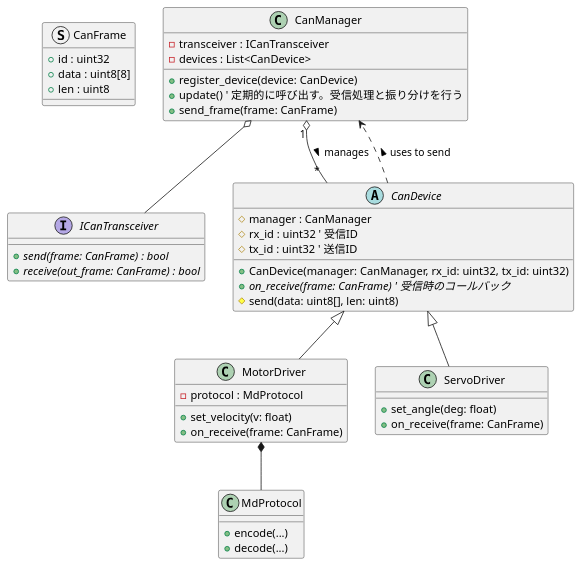
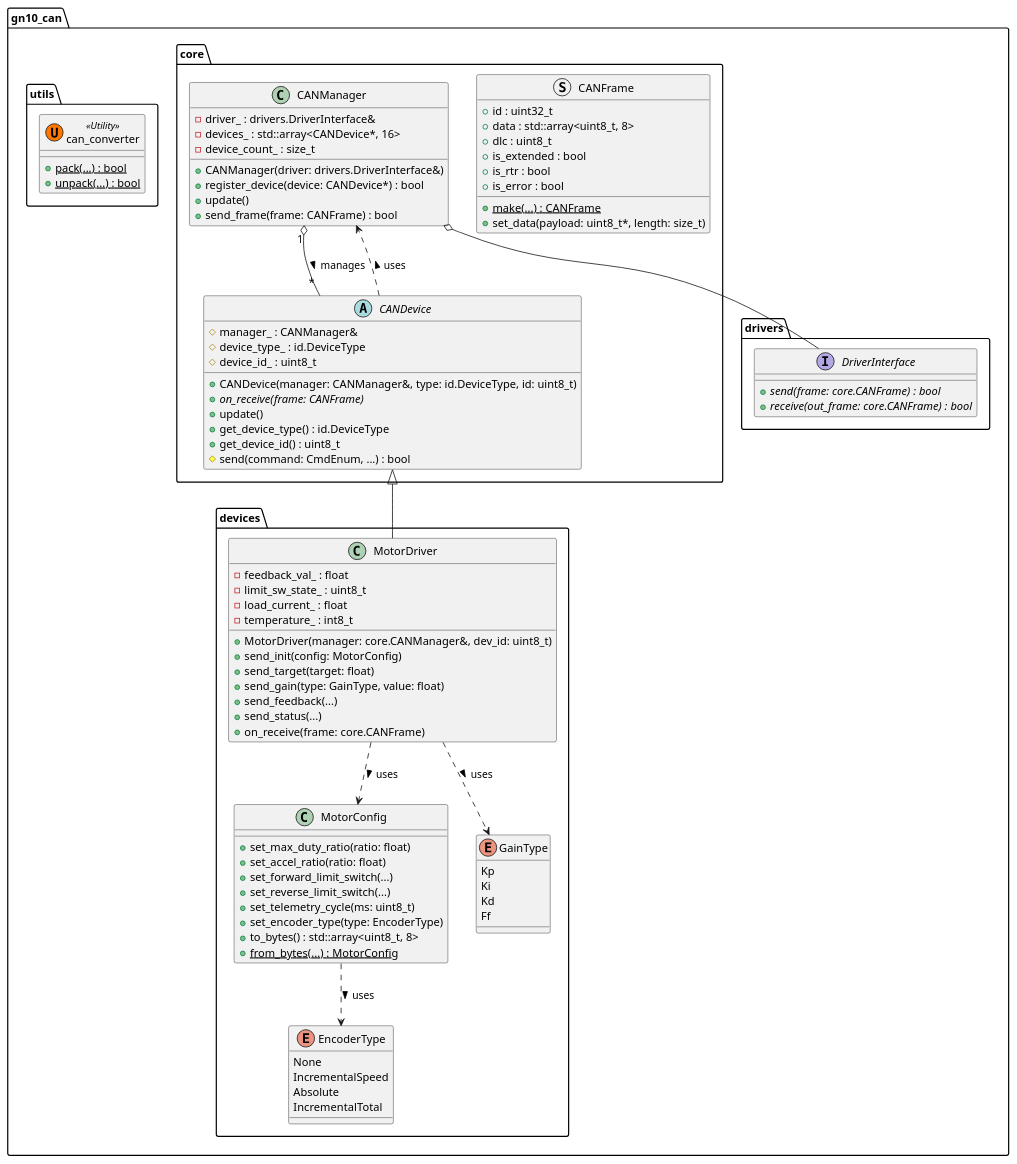
One commit to ararobo/GN10CANModels changed the diagram in uml/class.pu. Above: the diagram before and after it, drawn with PlantUML. The commit also changed 2 other files, not shown here.

```diff
--- a/uml/class.pu
+++ b/uml/class.pu
@@ -1,68 +1,104 @@
 @startuml class_diagram
 
-' --- データ構造 ---
-struct CanFrame {
-    + id : uint32
-    + data : uint8[8]
-    + len : uint8
+namespace gn10_can {
+
+    namespace core {
+        struct CANFrame {
+            + id : uint32_t
+            + data : std::array<uint8_t, 8>
+            + dlc : uint8_t
+            + is_extended : bool
+            + is_rtr : bool
+            + is_error : bool
+            + {static} make(...) : CANFrame
+            + set_data(payload: uint8_t*, length: size_t)
+        }
+
+        class CANManager {
+            - driver_ : drivers.DriverInterface&
+            - devices_ : std::array<CANDevice*, 16>
+            - device_count_ : size_t
+            + CANManager(driver: drivers.DriverInterface&)
+            + register_device(device: CANDevice*) : bool
+            + update()
+            + send_frame(frame: CANFrame) : bool
+        }
+
+        abstract class CANDevice {
+            # manager_ : CANManager&
+            # device_type_ : id.DeviceType
+            # device_id_ : uint8_t
+            + CANDevice(manager: CANManager&, type: id.DeviceType, id: uint8_t)
+            + {abstract} on_receive(frame: CANFrame)
+            + update()
+            + get_device_type() : id.DeviceType
+            + get_device_id() : uint8_t
+            # send(command: CmdEnum, ...) : bool
+        }
+    }
+
+    namespace drivers {
+        interface DriverInterface {
+            + {abstract} send(frame: core.CANFrame) : bool
+            + {abstract} receive(out_frame: core.CANFrame) : bool
+        }
+    }
+
+    namespace devices {
+        class MotorDriver {
+            - feedback_val_ : float
+            - limit_sw_state_ : uint8_t
+            - load_current_ : float
+            - temperature_ : int8_t
+            + MotorDriver(manager: core.CANManager&, dev_id: uint8_t)
+            + send_init(config: MotorConfig)
+            + send_target(target: float)
+            + send_gain(type: GainType, value: float)
+            + send_feedback(...)
+            + send_status(...)
+            + on_receive(frame: core.CANFrame)
+        }
+
+        class MotorConfig {
+            + set_max_duty_ratio(ratio: float)
+            + set_accel_ratio(ratio: float)
+            + set_forward_limit_switch(...)
+            + set_reverse_limit_switch(...)
+            + set_telemetry_cycle(ms: uint8_t)
+            + set_encoder_type(type: EncoderType)
+            + to_bytes() : std::array<uint8_t, 8>
+            + {static} from_bytes(...) : MotorConfig
+        }
+        
+        enum EncoderType {
+            None
+            IncrementalSpeed
+            Absolute
+            IncrementalTotal
+        }
+
+        enum GainType {
+            Kp
+            Ki
+            Kd
+            Ff
+        }
+    }
+    
+    namespace utils {
+        class can_converter << (U, #FF7700) Utility >> {
+            + {static} pack(...) : bool
+            + {static} unpack(...) : bool
+        }
+    }
+
+    core.CANManager o-- drivers.DriverInterface
+    core.CANManager "1" o-- "*" core.CANDevice : manages >
+    core.CANDevice <|-- devices.MotorDriver
+    core.CANDevice ..> core.CANManager : uses >
+    devices.MotorDriver ..> devices.MotorConfig : uses >
+    devices.MotorDriver ..> devices.GainType : uses >
+    devices.MotorConfig ..> devices.EncoderType : uses >
 }
 
-' --- ハードウェア抽象化 ---
-' 物理的なCANバスへのアクセスを提供するインターフェース
-interface ICanTransceiver {
-    + {abstract} send(frame: CanFrame) : bool
-    + {abstract} receive(out_frame: CanFrame) : bool
-}
-
-' --- バス管理 (Dispatcher) ---
-' 1つのTransceiverを共有し、受信したメッセージを適切なデバイスに振り分ける
-class CanManager {
-    - transceiver : ICanTransceiver
-    - devices : List<CanDevice>
-    + register_device(device: CanDevice)
-    + update() ' 定期的に呼び出す。受信処理と振り分けを行う
-    + send_frame(frame: CanFrame)
-}
-
-' --- デバイス抽象基底クラス ---
-' 全てのCANデバイスの共通機能を定義
-abstract class CanDevice {
-    # manager : CanManager
-    # rx_id : uint32 ' 受信ID
-    # tx_id : uint32 ' 送信ID
-    
-    + CanDevice(manager: CanManager, rx_id: uint32, tx_id: uint32)
-    + {abstract} on_receive(frame: CanFrame) ' 受信時のコールバック
-    # send(data: uint8[], len: uint8)
-}
-
-' --- 具体的なデバイス実装 ---
-
-' モータードライバ
-class MotorDriver {
-    - protocol : MdProtocol
-    + set_velocity(v: float)
-    + on_receive(frame: CanFrame)
-}
-
-' サーボドライバ
-class ServoDriver {
-    + set_angle(deg: float)
-    + on_receive(frame: CanFrame)
-}
-
-' --- プロトコルヘルパー (任意) ---
-class MdProtocol {
-    + encode(...)
-    + decode(...)
-}
-
-' --- 関係性 ---
-CanManager o-- ICanTransceiver
-CanManager "1" o-- "*" CanDevice : manages >
-CanDevice <|-- MotorDriver
-CanDevice <|-- ServoDriver
-MotorDriver *-- MdProtocol
-CanDevice ..> CanManager : uses to send >
-
 @enduml
```
